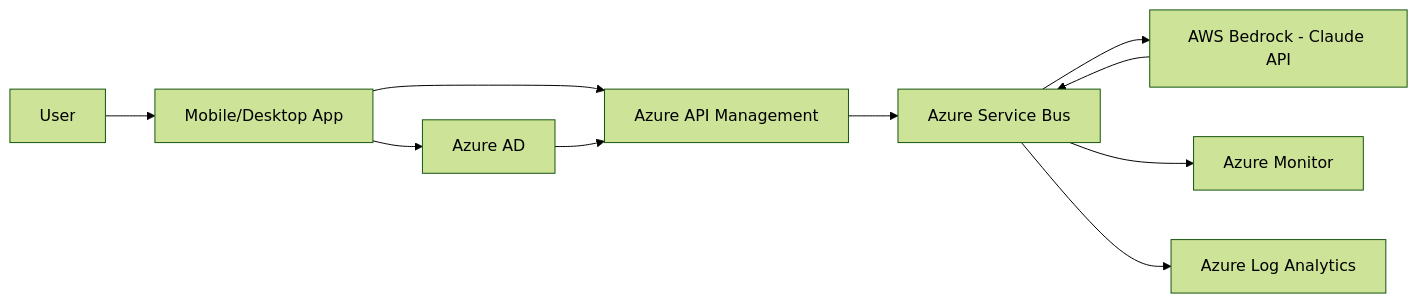
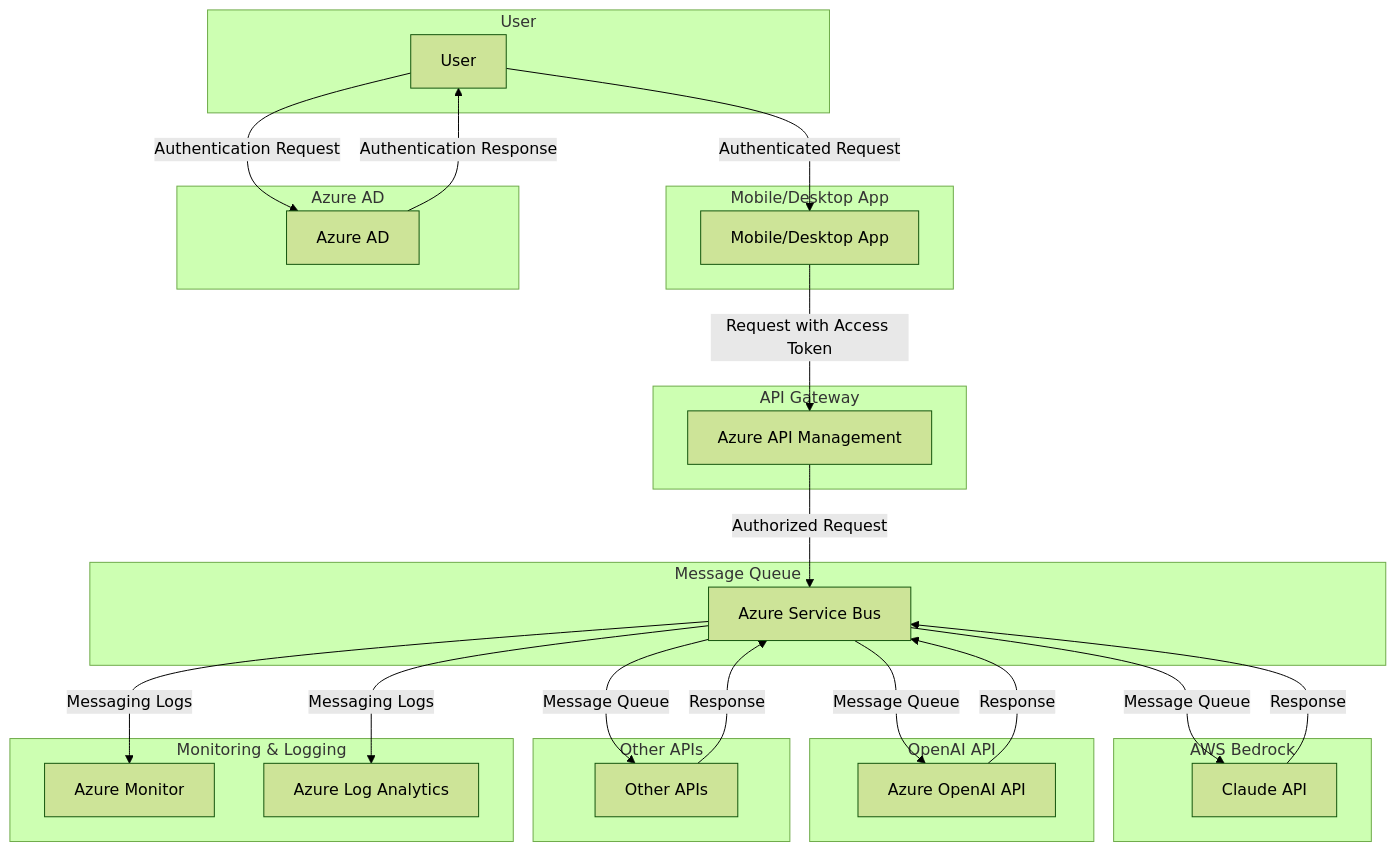
One commit to hamatz/tech_doc changed diagram 20 of 20 in system_4_audit_log.md. Above: the diagram before and after it, drawn with Mermaid (forest theme). The commit also changed other lines of this file, not shown here.

Commit message:
アーキテクチャ図の肉付け

````diff
--- a/system_4_audit_log.md
+++ b/system_4_audit_log.md
@@ -1893,12 +1827,58 @@
 ```mermaid
-graph LR
-    A[User] --> B[Mobile/Desktop App]
-    B --> C[Azure AD]
-    B --> D[Azure API Management]
-    C --> D
-    D --> E[Azure Service Bus]
-    E --> F[AWS Bedrock - Claude API]
-    F --> E
-    E --> G[Azure Monitor]
-    E --> H[Azure Log Analytics]
+graph TD
+    subgraph User
+        A[User]
+    end
+    
+    subgraph Mobile/Desktop App
+        B[Mobile/Desktop App]
+    end
+    
+    subgraph Azure AD
+        C[Azure AD]
+    end
+    
+    subgraph API Gateway
+        D[Azure API Management]
+    end
+    
+    subgraph Message Queue
+        E[Azure Service Bus]
+    end
+    
+    subgraph AWS Bedrock
+        F[Claude API]
+    end
+    
+    subgraph OpenAI API
+        G[Azure OpenAI API]
+    end
+    
+    subgraph Other APIs
+        H[Other APIs]
+    end
+    
+    subgraph Monitoring & Logging
+        I1[Azure Monitor]
+        I2[Azure Log Analytics]
+    end
+    
+    A -->|Authentication Request| C
+    C -->|Authentication Response| A
+    
+    A -->|Authenticated Request| B
+    B -->|Request with Access Token| D
+    
+    D -->|Authorized Request| E
+    
+    E -->|Message Queue| F
+    E -->|Message Queue| G
+    E -->|Message Queue| H
+    
+    F -->|Response| E
+    G -->|Response| E
+    H -->|Response| E
+    
+    E -->|Messaging Logs| I1
+    E -->|Messaging Logs| I2
 ```
````
